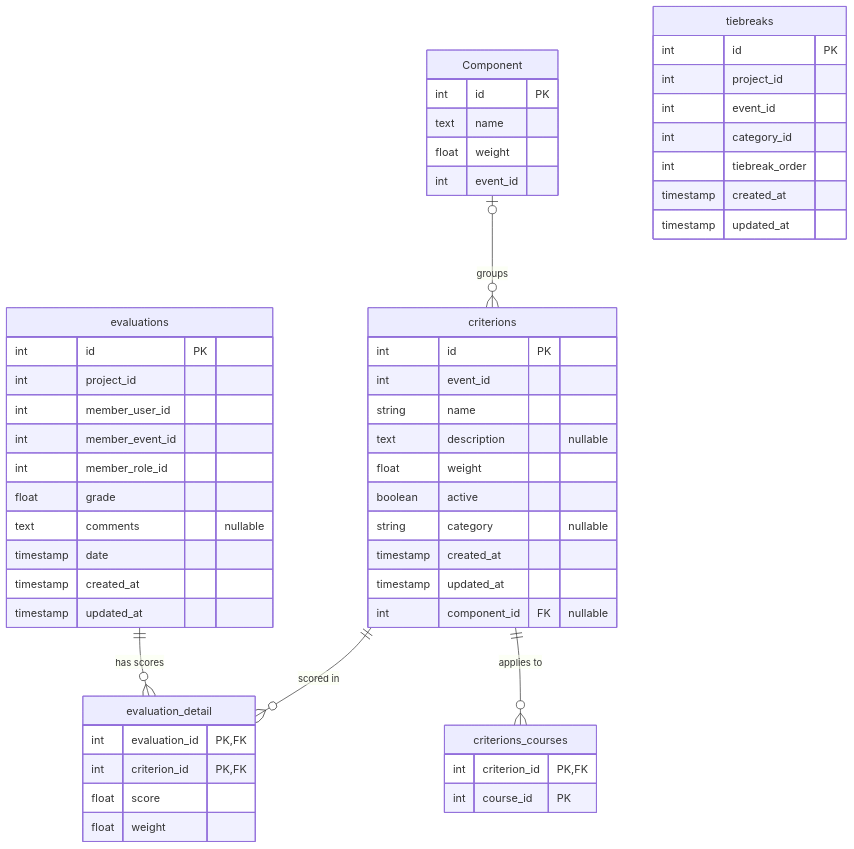
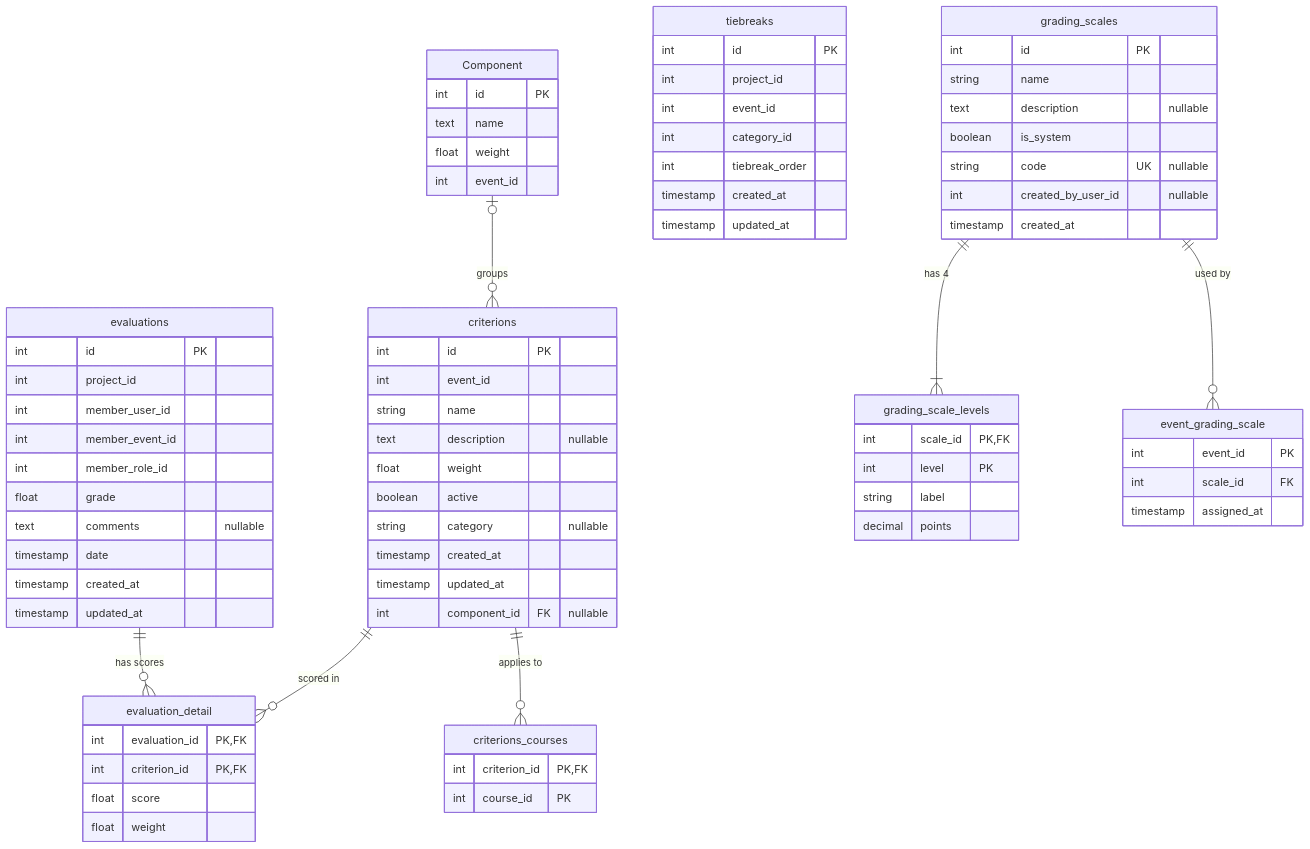
The diagram in docs/evaluation-service/schema.md (PCPI-UN/Iris), drawn with Mermaid before and after one commit. The commit also changed other lines of this file and 2 other files, not shown here.

First line of the commit message:
[CU-1dfnv12c629]: grading scale tables with the three system scales

````diff
--- a/docs/evaluation-service/schema.md
+++ b/docs/evaluation-service/schema.md
@@ -65,8 +67,33 @@
         timestamp updated_at
     }
 
+    grading_scales {
+        int id PK
+        string name
+        text description "nullable"
+        boolean is_system
+        string code UK "nullable"
+        int created_by_user_id "nullable"
+        timestamp created_at
+    }
+
+    grading_scale_levels {
+        int scale_id PK, FK
+        int level PK
+        string label
+        decimal points
+    }
+
+    event_grading_scale {
+        int event_id PK
+        int scale_id FK
+        timestamp assigned_at
+    }
+
     evaluations ||--o{ evaluation_detail : "has scores"
     criterions ||--o{ evaluation_detail : "scored in"
     criterions ||--o{ criterions_courses : "applies to"
     Component |o--o{ criterions : "groups"
+    grading_scales ||--|{ grading_scale_levels : "has 4"
+    grading_scales ||--o{ event_grading_scale : "used by"
 ```
````
